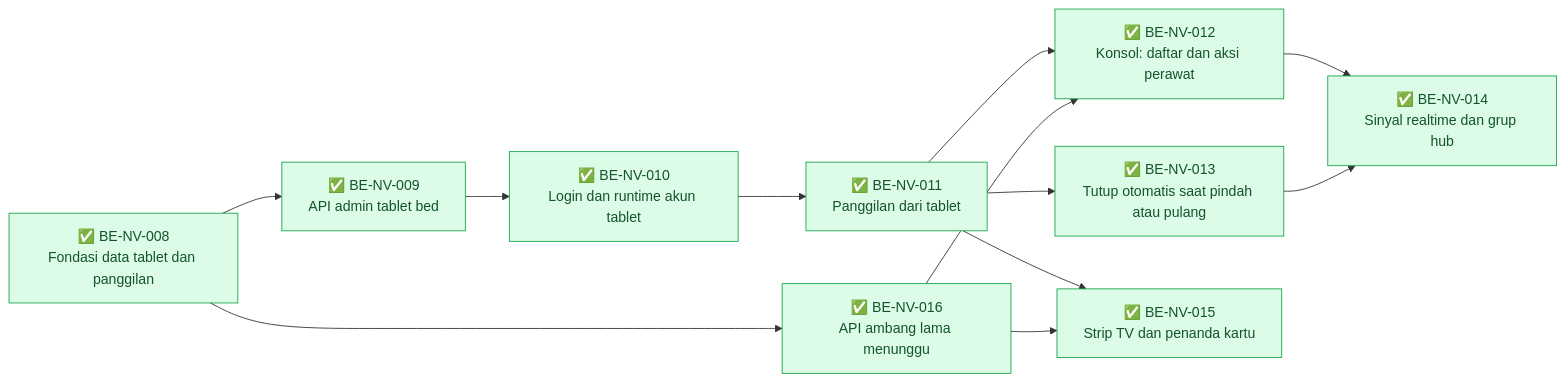
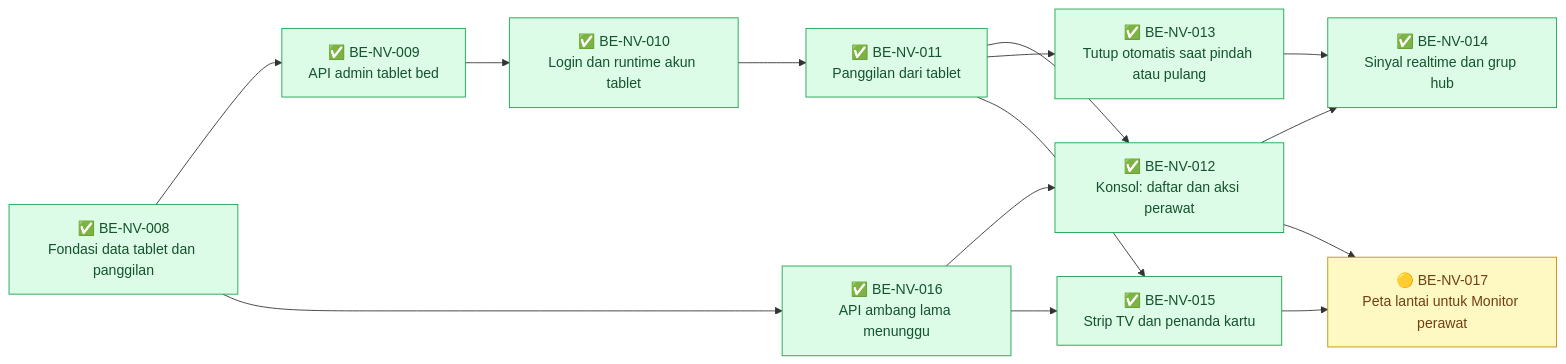
The second of 2 diagrams in docs/module-blueprints/nurse-view/roadmap/backend-roadmap.md (DevBenari/NewQuilvianSystemBackend), drawn with Mermaid before and after one commit. The commit also changed other lines of this file and 9 other files, not shown here.

First line of the commit message:
feat(nurse-view): peta lantai untuk Monitor perawat (BE-NV-017); FE-NV-016 selesai

````diff
--- a/docs/module-blueprints/nurse-view/roadmap/backend-roadmap.md
+++ b/docs/module-blueprints/nurse-view/roadmap/backend-roadmap.md
@@ -204,29 +204,32 @@
 ```mermaid
 flowchart LR
     classDef selesai fill:#DCFCE7,stroke:#16A34A,color:#14532D
     classDef sebagian fill:#FEF9C3,stroke:#CA8A04,color:#713F12
     classDef terblokir fill:#FEE2E2,stroke:#DC2626,color:#7F1D1D
     classDef belum fill:#F1F5F9,stroke:#64748B,color:#0F172A
 
     BENV008["✅ BE-NV-008<br/>Fondasi data tablet dan panggilan"]:::selesai
     BENV009["✅ BE-NV-009<br/>API admin tablet bed"]:::selesai
     BENV010["✅ BE-NV-010<br/>Login dan runtime akun tablet"]:::selesai
     BENV011["✅ BE-NV-011<br/>Panggilan dari tablet"]:::selesai
     BENV012["✅ BE-NV-012<br/>Konsol: daftar dan aksi perawat"]:::selesai
     BENV013["✅ BE-NV-013<br/>Tutup otomatis saat pindah atau pulang"]:::selesai
     BENV014["✅ BE-NV-014<br/>Sinyal realtime dan grup hub"]:::selesai
     BENV015["✅ BE-NV-015<br/>Strip TV dan penanda kartu"]:::selesai
     BENV016["✅ BE-NV-016<br/>API ambang lama menunggu"]:::selesai
+    BENV017["🟡 BE-NV-017<br/>Peta lantai untuk Monitor perawat"]:::sebagian
 
     BENV008 --> BENV009
     BENV009 --> BENV010
     BENV010 --> BENV011
     BENV011 --> BENV012
     BENV011 --> BENV013
     BENV011 --> BENV015
     BENV008 --> BENV016
     BENV016 --> BENV012
     BENV016 --> BENV015
     BENV012 --> BENV014
     BENV013 --> BENV014
+    BENV012 --> BENV017
+    BENV015 --> BENV017
 ```
````
